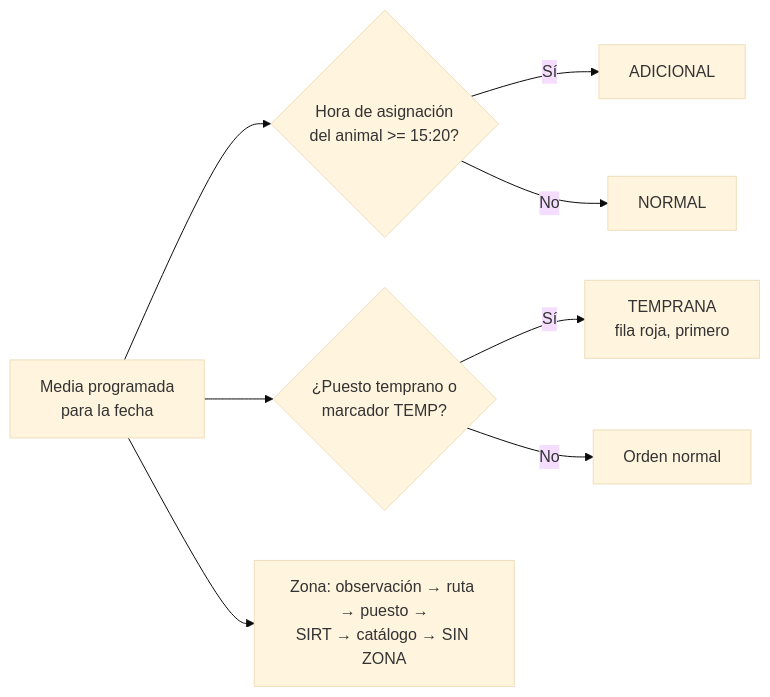
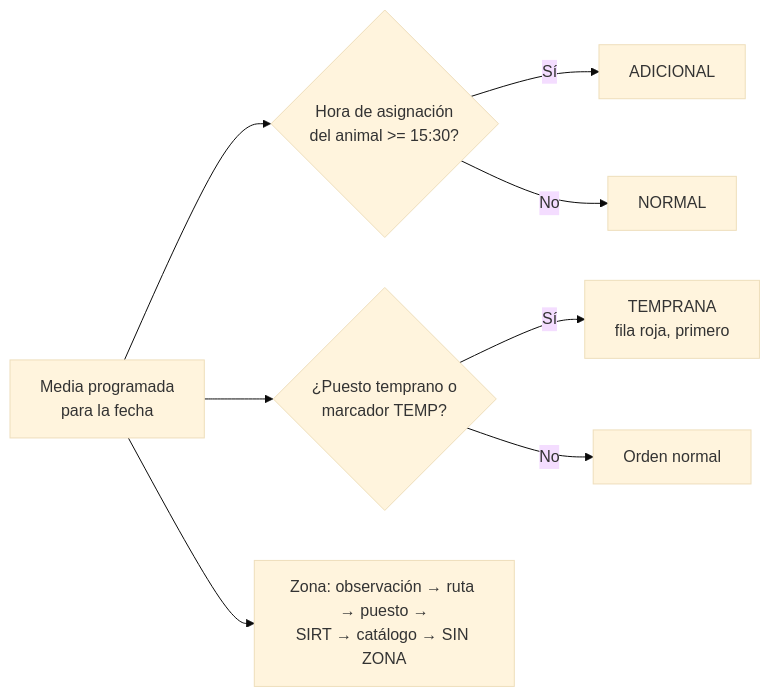
One commit to desarrollotecnologia/despacho-canales changed the fourth of 10 diagrams in docs/DOCUMENTACION_DESPACHO_CANALES.md. Above: the diagram before and after it, drawn with Mermaid (base theme). The commit also changed other lines of this file and 2 other files, not shown here.

````diff
--- a/docs/DOCUMENTACION_DESPACHO_CANALES.md
+++ b/docs/DOCUMENTACION_DESPACHO_CANALES.md
@@ -460,10 +460,10 @@
 ```mermaid
 flowchart LR
-    A[Media programada<br/>para la fecha] --> B{Hora de asignación<br/>del animal >= 15:20?}
+    A[Media programada<br/>para la fecha] --> B{Hora de asignación<br/>del animal >= 15:30?}
     B -->|Sí| C[ADICIONAL]
     B -->|No| D[NORMAL]
     A --> E{¿Puesto temprano o<br/>marcador TEMP?}
     E -->|Sí| F[TEMPRANA<br/>fila roja, primero]
     E -->|No| G[Orden normal]
     A --> H[Zona: observación → ruta → puesto →<br/>SIRT → catálogo → SIN ZONA]
 ```
````
